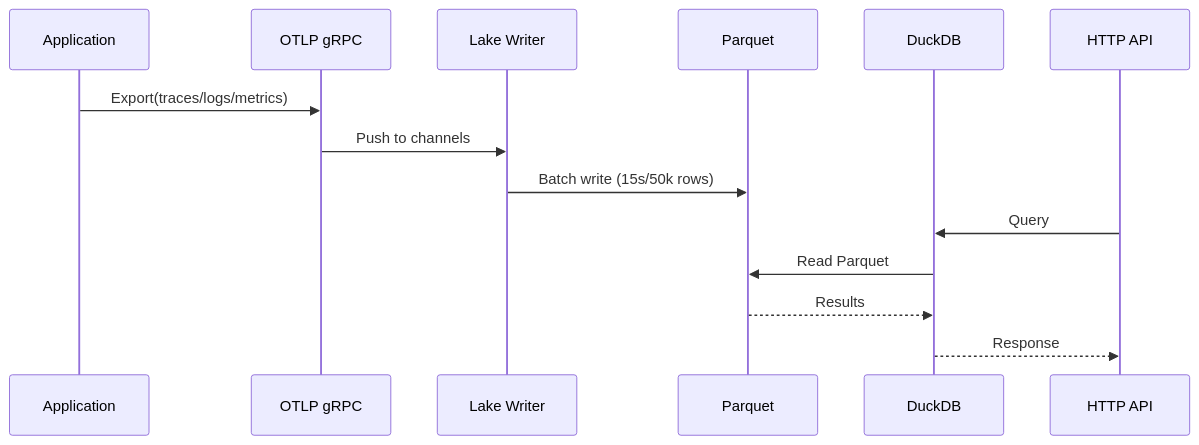
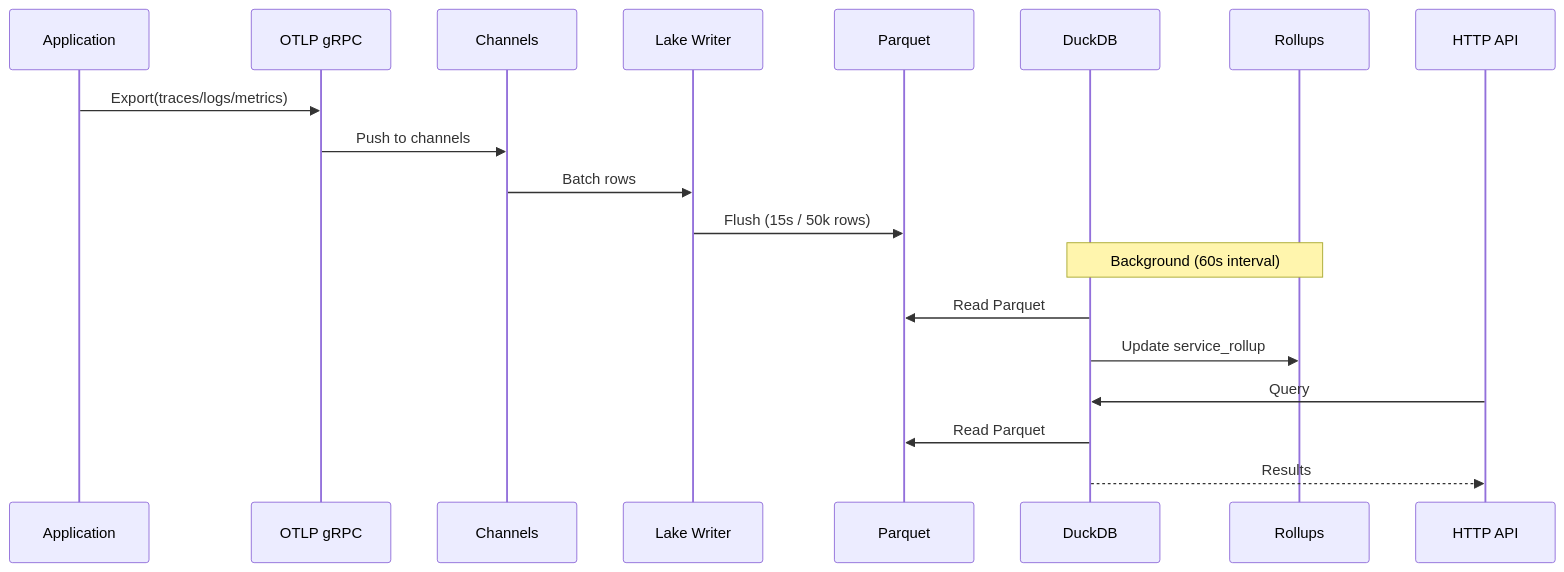
Before and after one commit to labstack/fanout: the second of 10 diagrams in ARCHITECTURE.md, drawn with Mermaid. The commit also changed other lines of this file, not shown here.

First line of the commit message:
Update architecture docs with complete diagrams

````diff
--- a/ARCHITECTURE.md
+++ b/ARCHITECTURE.md
@@ -48,18 +59,24 @@
 ```mermaid
 sequenceDiagram
     participant App as Application
     participant OTLP as OTLP gRPC
+    participant Chan as Channels
     participant Lake as Lake Writer
     participant PQ as Parquet
     participant Duck as DuckDB
+    participant Roll as Rollups
     participant API as HTTP API
 
     App->>OTLP: Export(traces/logs/metrics)
-    OTLP->>Lake: Push to channels
-    Lake->>PQ: Batch write (15s/50k rows)
+    OTLP->>Chan: Push to channels
+    Chan->>Lake: Batch rows
+    Lake->>PQ: Flush (15s / 50k rows)
+
+    Note over Duck,Roll: Background (60s interval)
+    Duck->>PQ: Read Parquet
+    Duck->>Roll: Update service_rollup
 
     API->>Duck: Query
     Duck->>PQ: Read Parquet
-    PQ-->>Duck: Results
-    Duck-->>API: Response
+    Duck-->>API: Results
 ```
````
